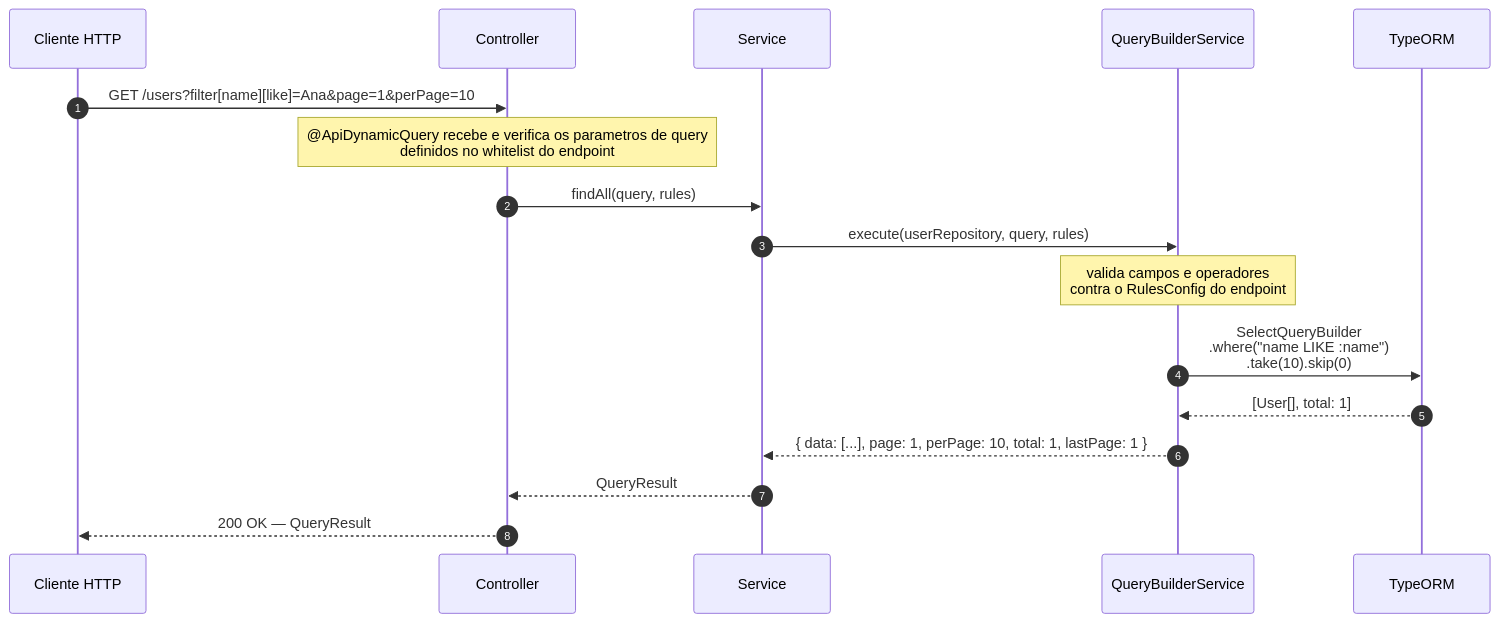
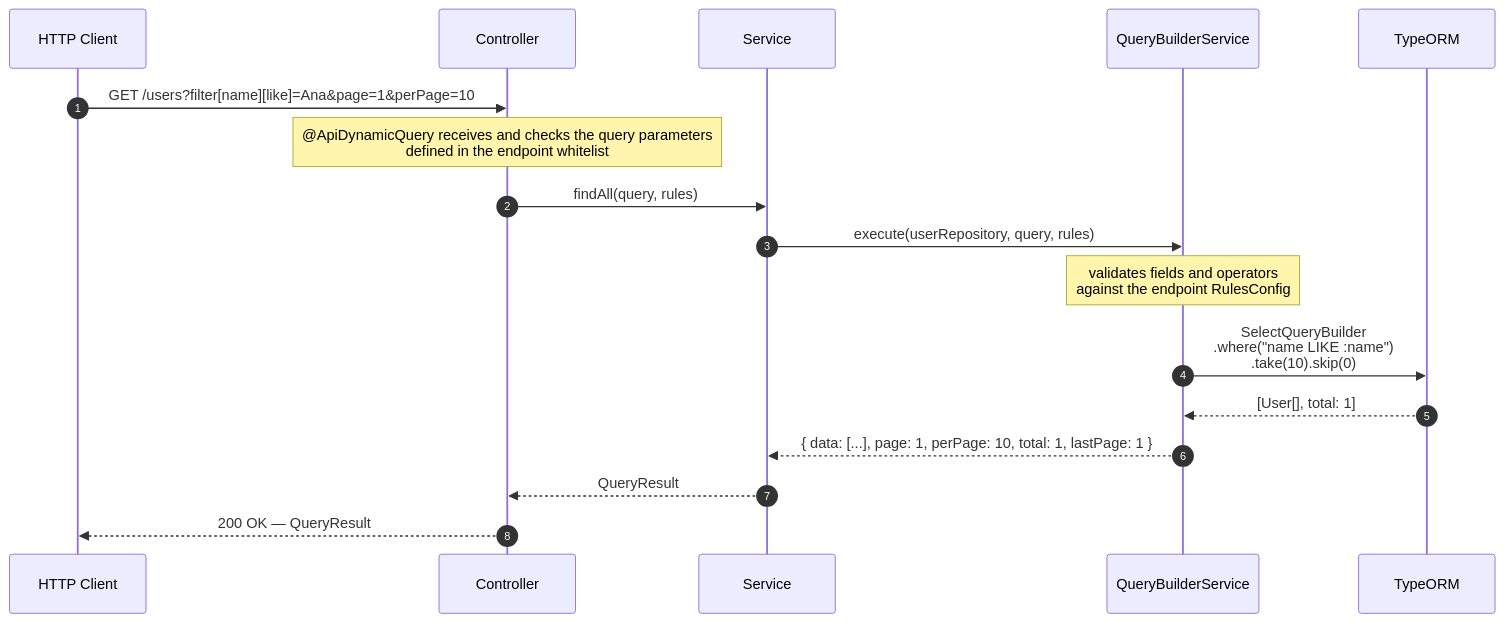
Before and after one commit to naldomadeira/nestjs-rest-query: the diagram in apps/docs/content/en/docs/getting-started/first-endpoint.mdx, drawn with Mermaid. The commit also changed other lines of this file and 14 other files, not shown here.

````diff
--- a/apps/docs/content/en/docs/getting-started/first-endpoint.mdx
+++ b/apps/docs/content/en/docs/getting-started/first-endpoint.mdx
@@ -100,20 +100,20 @@
 ```mermaid
 sequenceDiagram
   autonumber
-  participant Client as Cliente HTTP
+  participant Client as HTTP Client
   participant Ctrl as Controller
   participant Svc as Service
   participant DQB as QueryBuilderService
   participant ORM as TypeORM
 
   Client->>Ctrl: GET /users?filter[name][like]=Ana&page=1&perPage=10
-  Note over Ctrl: @ApiDynamicQuery recebe e verifica os parametros de query<br/>definidos no whitelist do endpoint
+  Note over Ctrl: @ApiDynamicQuery receives and checks the query parameters<br/>defined in the endpoint whitelist
   Ctrl->>Svc: findAll(query, rules)
   Svc->>DQB: execute(userRepository, query, rules)
-  Note over DQB: valida campos e operadores<br/>contra o RulesConfig do endpoint
+  Note over DQB: validates fields and operators<br/>against the endpoint RulesConfig
   DQB->>ORM: SelectQueryBuilder<br/>.where("name LIKE :name")<br/>.take(10).skip(0)
   ORM-->>DQB: [User[], total: 1]
   DQB-->>Svc: { data: [...], page: 1, perPage: 10, total: 1, lastPage: 1 }
   Svc-->>Ctrl: QueryResult
   Ctrl-->>Client: 200 OK — QueryResult
 ```
````
